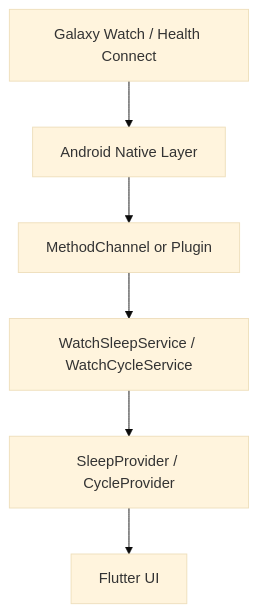
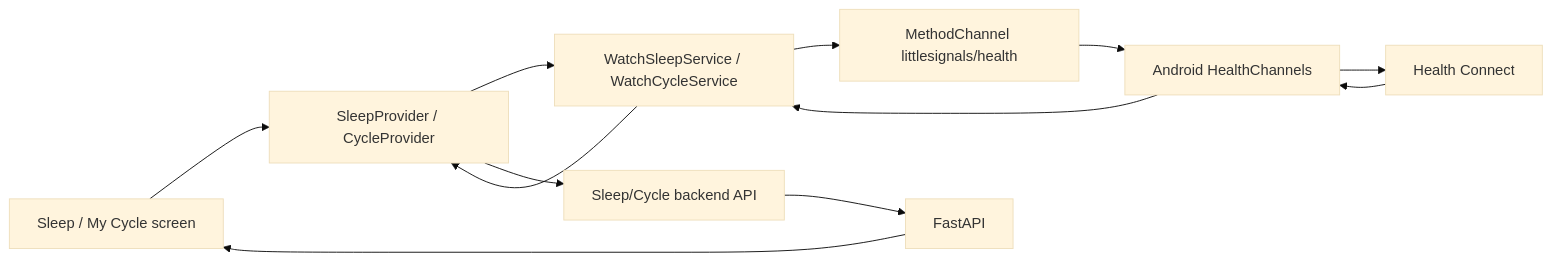
The second of 3 diagrams in docs/frontend.md (kookmin-sw/2026-capstone-18), drawn with Mermaid (base theme) before and after one commit. The commit also changed other lines of this file and 8 other files, not shown here.

````diff
--- a/docs/frontend.md
+++ b/docs/frontend.md
@@ -158,8 +108,14 @@
 ```mermaid
-flowchart TD
-    Watch[Galaxy Watch / Health Connect] --> Native[Android Native Layer]
-    Native --> Bridge[MethodChannel or Plugin]
-    Bridge --> Service[WatchSleepService / WatchCycleService]
-    Service --> Provider[SleepProvider / CycleProvider]
-    Provider --> UI[Flutter UI]
+flowchart LR
+    UI["Sleep / My Cycle screen"] --> Provider["SleepProvider / CycleProvider"]
+    Provider --> Service["WatchSleepService / WatchCycleService"]
+    Service --> Channel["MethodChannel littlesignals/health"]
+    Channel --> Native["Android HealthChannels"]
+    Native --> HC["Health Connect"]
+    HC --> Native
+    Native --> Service
+    Service --> Provider
+    Provider --> API["Sleep/Cycle backend API"]
+    API --> Backend["FastAPI"]
+    Backend --> UI
 ```
````
